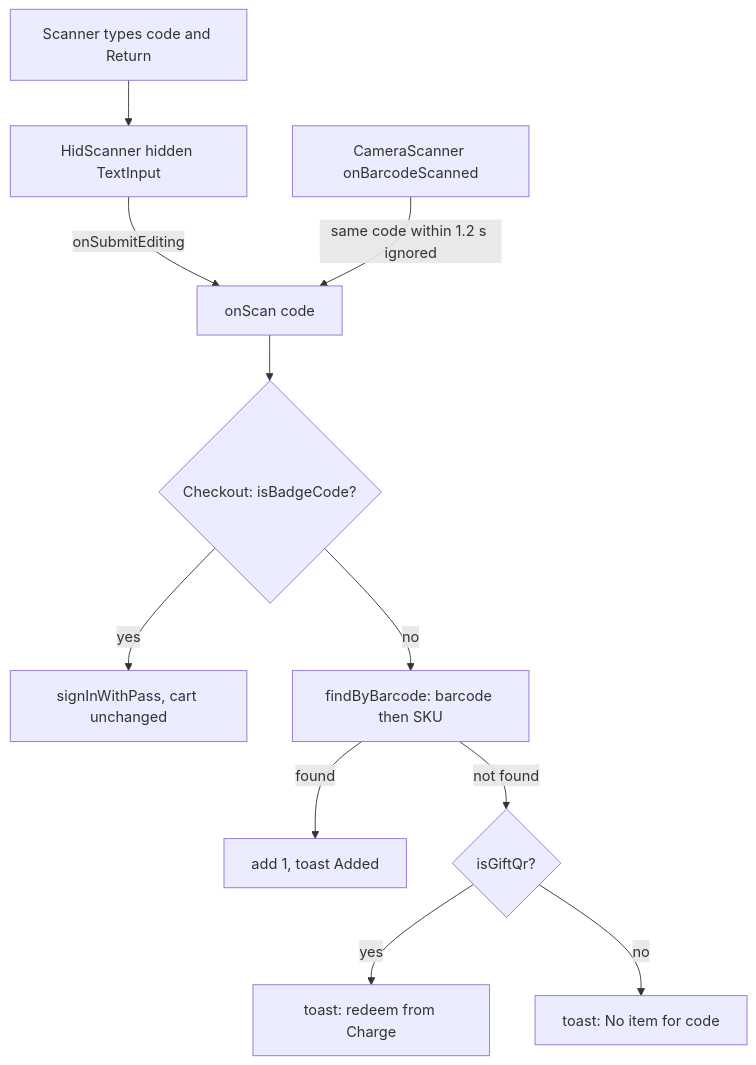
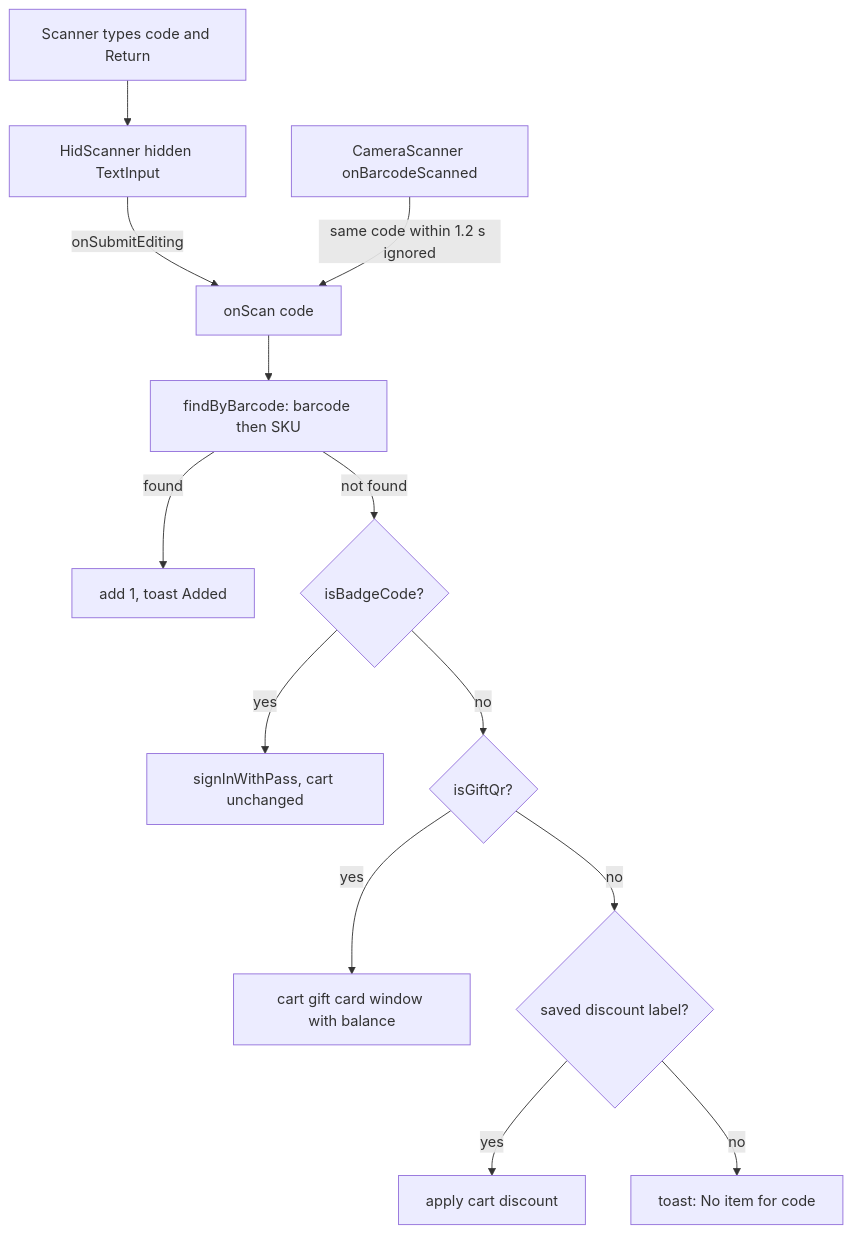
One commit to Kousei-Uchu/aidens3dp-pos changed the diagram in help/sales/scanners.md. Above: the diagram before and after it, drawn with Mermaid. The commit also changed other lines of this file and 8 other files, not shown here.

````diff
--- a/help/sales/scanners.md
+++ b/help/sales/scanners.md
@@ -56,13 +58,15 @@
 ```mermaid
 flowchart TD
   K[Scanner types code and Return] --> H[HidScanner hidden TextInput]
   H -->|onSubmitEditing| S[onScan code]
   C[CameraScanner onBarcodeScanned] -->|same code within 1.2 s ignored| S
-  S --> B{Checkout: isBadgeCode?}
+  S --> F[findByBarcode: barcode then SKU]
+  F -->|found| A[add 1, toast Added]
+  F -->|not found| B{isBadgeCode?}
   B -->|yes| P[signInWithPass, cart unchanged]
-  B -->|no| F[findByBarcode: barcode then SKU]
-  F -->|found| A[add 1, toast Added]
-  F -->|not found| G{isGiftQr?}
-  G -->|yes| M[toast: redeem from Charge]
-  G -->|no| N[toast: No item for code]
+  B -->|no| G{isGiftQr?}
+  G -->|yes| M[cart gift card window with balance]
+  G -->|no| D{saved discount label?}
+  D -->|yes| X[apply cart discount]
+  D -->|no| N[toast: No item for code]
 ```
````
